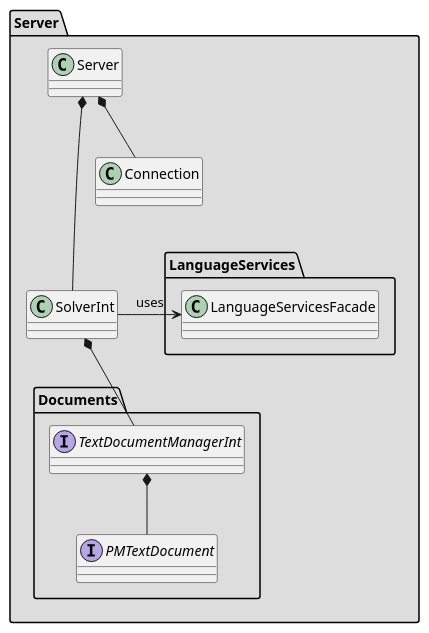
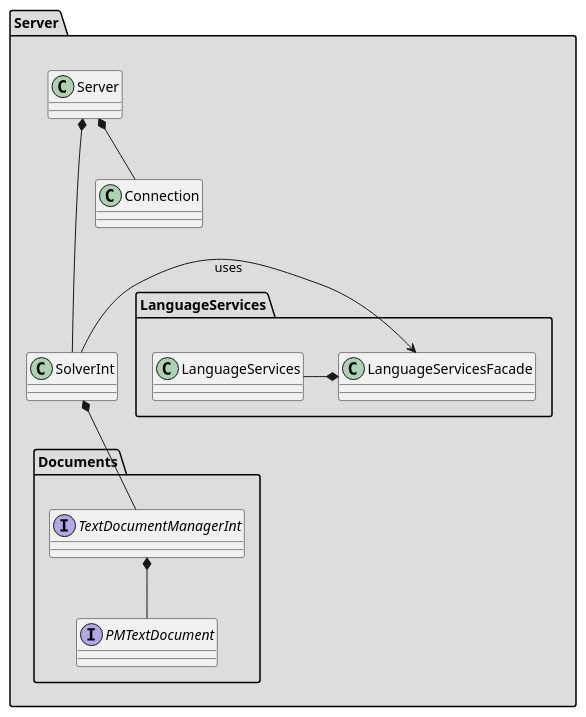
One commit to wolfj123/PolicyModelsPlugin changed the diagram in plugin/diagrams/server/ServerMetaDiagram.puml. Above: the diagram before and after it, drawn with PlantUML.

```diff
--- a/plugin/diagrams/server/ServerMetaDiagram.puml
+++ b/plugin/diagrams/server/ServerMetaDiagram.puml
@@ -1,31 +1,35 @@
 @startuml
 
 package Server #DDDDDD {
 
     package LanguageServices {
         class LanguageServicesFacade
+        class LanguageServices
+        LanguageServices -right-* LanguageServicesFacade
     }
 
     package Documents{
         interface PMTextDocument
         interface TextDocumentManagerInt 
+
+        TextDocumentManagerInt *-- PMTextDocument
     }
 
     class SolverInt
     class Connection
     class Server
 
     Connection -[hidden]- SolverInt
 
     SolverInt -> LanguageServicesFacade : "uses"
     Server *-- SolverInt
     Server *-- Connection
     
 
     SolverInt *-- TextDocumentManagerInt
-    TextDocumentManagerInt *-- PMTextDocument
+    
 }
 
 
 
 @enduml
```
